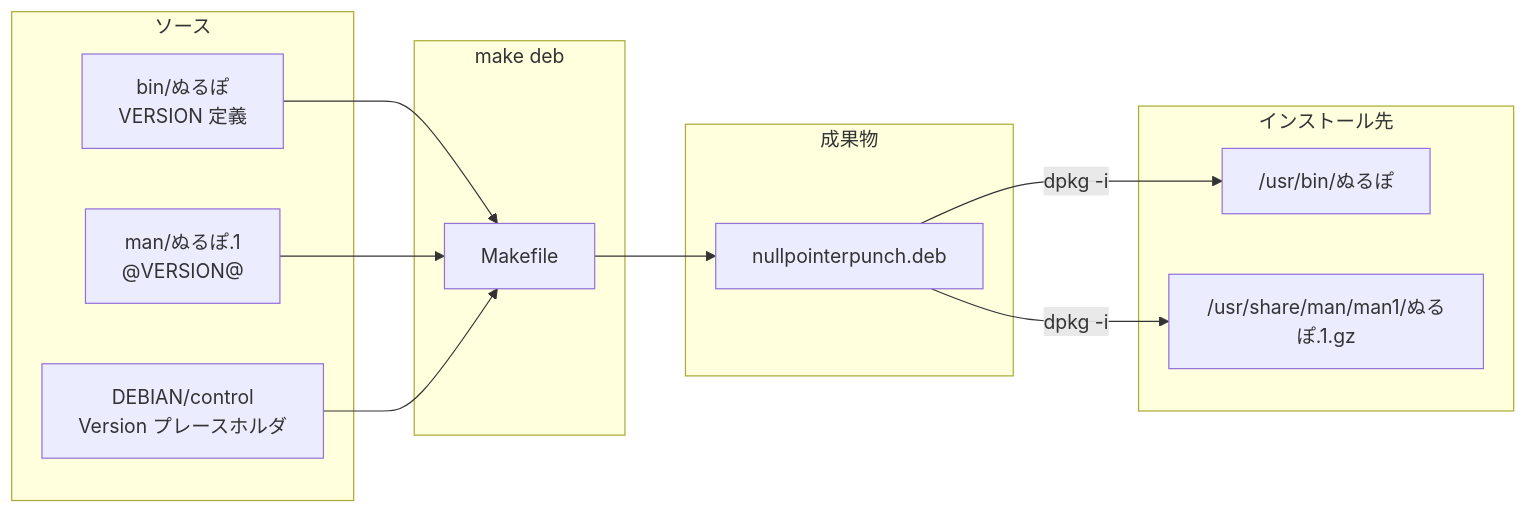
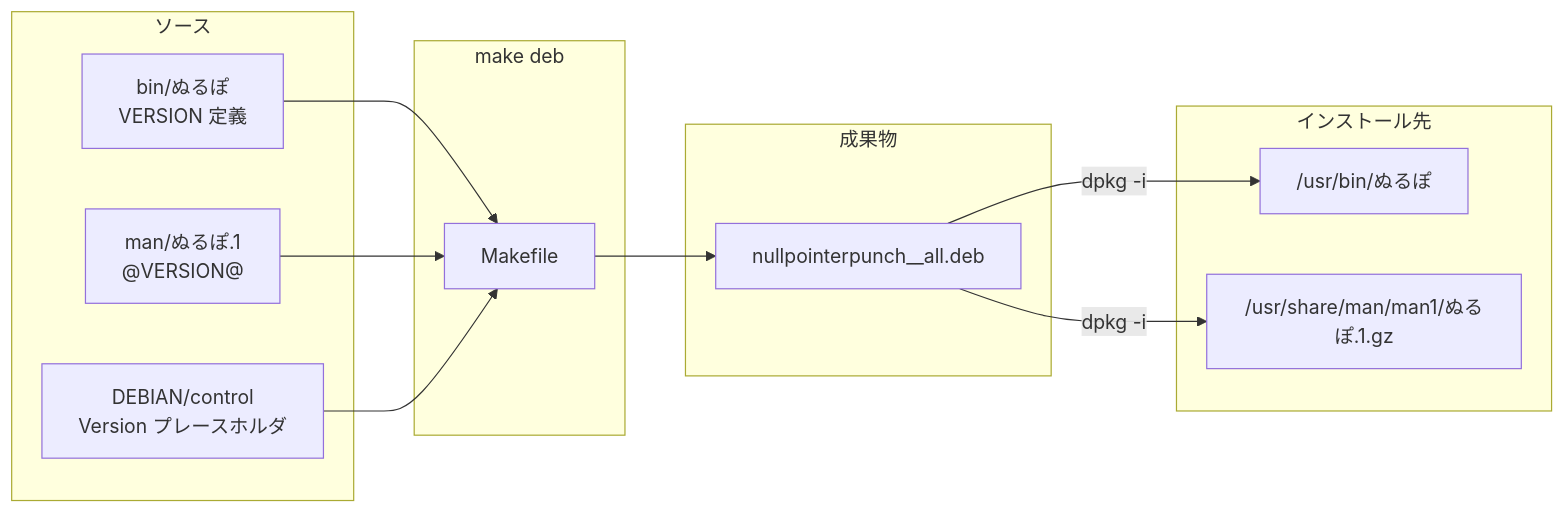
The diagram in docs/SPEC.md (GoldenPoisonedApple/NullPointerExceptionPunch), drawn with Mermaid before and after one commit. The commit also changed other lines of this file and 5 other files, not shown here.

````diff
--- a/docs/SPEC.md
+++ b/docs/SPEC.md
@@ -50,28 +52,28 @@
 ```mermaid
 flowchart LR
     subgraph source [ソース]
         BIN["bin/ぬるぽ<br/>VERSION 定義"]
         MAN["man/ぬるぽ.1<br/>@VERSION@"]
         CTRL["DEBIAN/control<br/>Version プレースホルダ"]
     end
 
     subgraph build [make deb]
         MK["Makefile"]
     end
 
     subgraph artifact [成果物]
-        DEB["nullpointerpunch.deb"]
+        DEB["nullpointerpunch_<version>_all.deb"]
     end
 
     subgraph installed [インストール先]
         USRBIN["/usr/bin/ぬるぽ"]
         MAN1["/usr/share/man/man1/ぬるぽ.1.gz"]
     end
 
     BIN --> MK
     MAN --> MK
     CTRL --> MK
     MK --> DEB
     DEB -->|dpkg -i| USRBIN
     DEB -->|dpkg -i| MAN1
 ```
````
